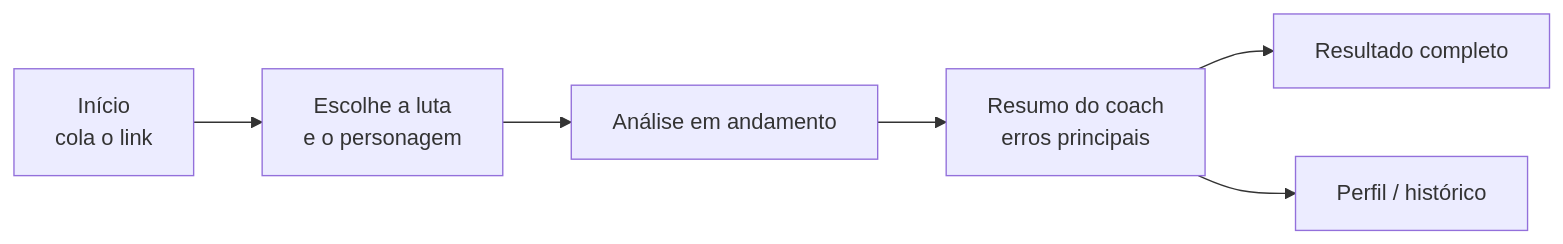
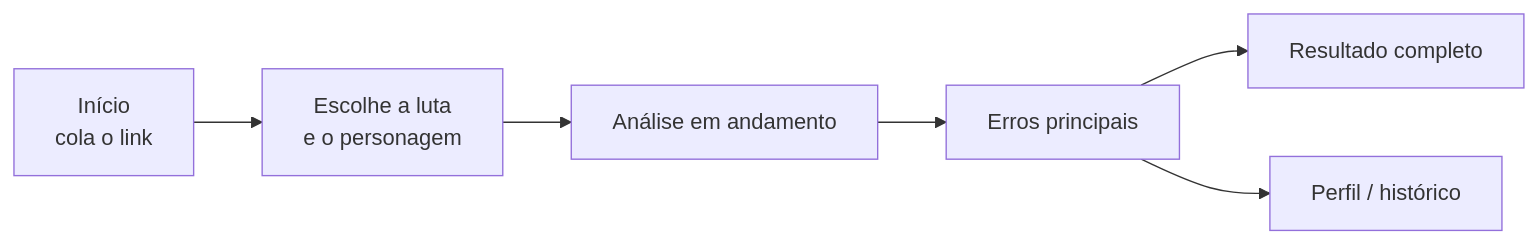
Before and after one commit to jp4inbr/LogCoach: the diagram in docs/03-prototipo.md, drawn with Mermaid. The commit also changed other lines of this file and 1 other file, not shown here.

First line of the commit message:
docs: remove as funções do coach que dependiam da IA

````diff
--- a/docs/03-prototipo.md
+++ b/docs/03-prototipo.md
@@ -9,8 +9,8 @@
 ```mermaid
 flowchart LR
     A[Início<br/>cola o link] --> B[Escolhe a luta<br/>e o personagem]
     B --> C[Análise em andamento]
-    C --> D[Resumo do coach<br/>erros principais]
+    C --> D[Erros principais]
     D --> E[Resultado completo]
     D --> F[Perfil / histórico]
 ```
````
